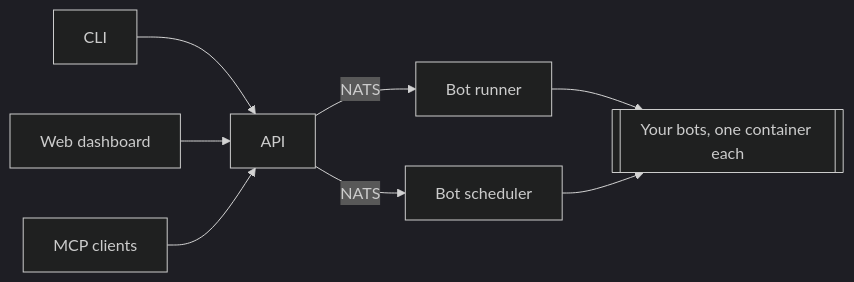
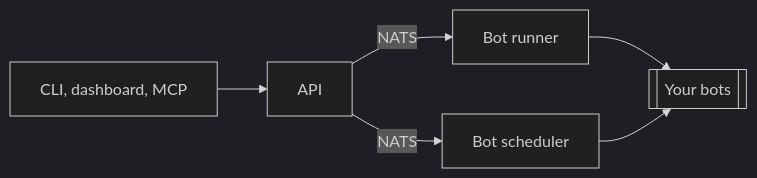
The diagram in README.md (alexanderwanyoike/the0), drawn with Mermaid (dark theme) before and after one commit. The commit also changed other lines of this file, not shown here.

Commit message:
docs: compact the README diagram and wrap the MCP command

````diff
--- a/README.md
+++ b/README.md
@@ -109,10 +110,8 @@
 ```mermaid
 flowchart LR
-    CLI[CLI] --> API
-    Web[Web dashboard] --> API
-    Agents[MCP clients] --> API
-    API[API] -- NATS --> Runner[Bot runner]
+    Clients["CLI, dashboard, MCP"] --> API
+    API -- NATS --> Runner[Bot runner]
     API -- NATS --> Scheduler[Bot scheduler]
-    Runner --> Bots[[Your bots, one container each]]
+    Runner --> Bots[[Your bots]]
     Scheduler --> Bots
 ```
````
